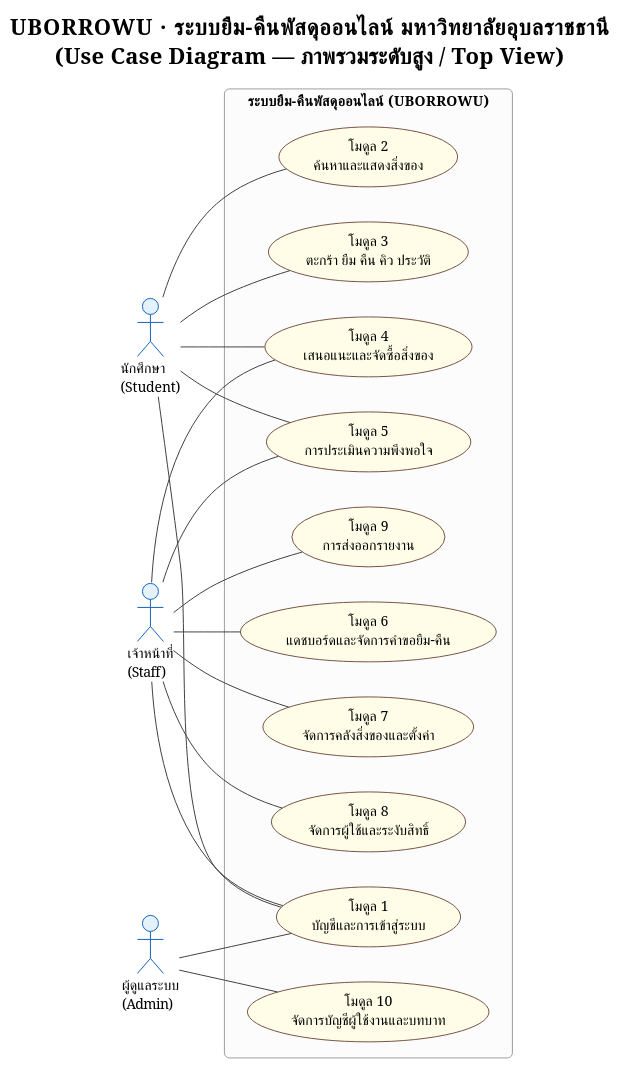
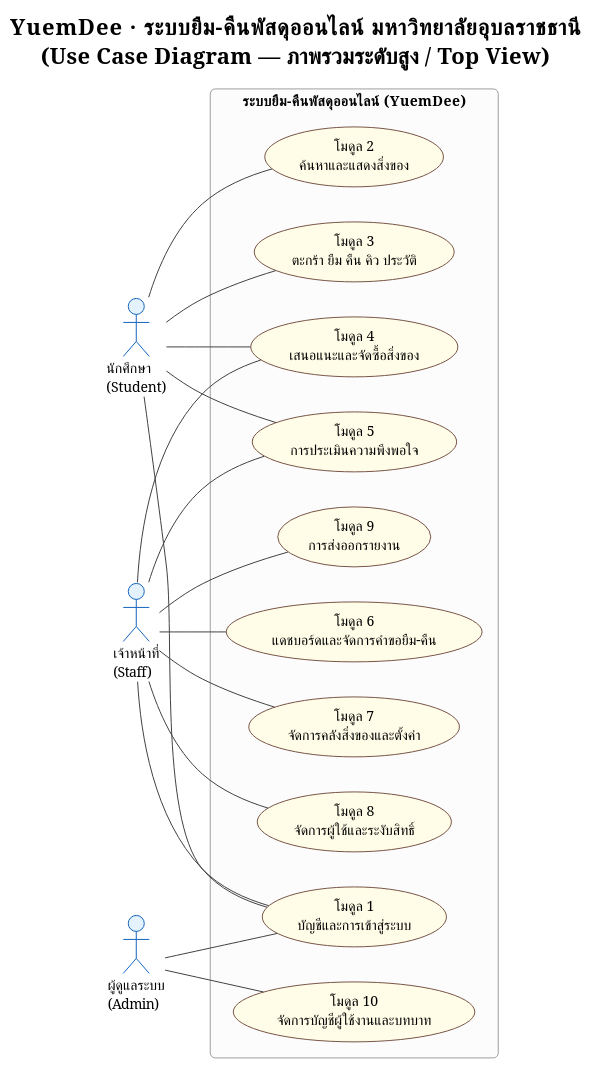
The diagram in proposal/usecase/usecase_overview.puml (patlnwza-007/project-2569), drawn with PlantUML before and after one commit. The commit also changed 22 other files, not shown here.

```diff
--- a/proposal/usecase/usecase_overview.puml
+++ b/proposal/usecase/usecase_overview.puml
@@ -1,64 +1,64 @@
 @startuml usecase_overview
 !theme plain
 skinparam defaultFontName TH Sarabun New
 skinparam defaultFontSize 14
 skinparam roundcorner 10
 
 skinparam usecase {
   BackgroundColor #FFFDE7
   BorderColor #795548
 }
 skinparam actor {
   BackgroundColor #E3F2FD
   BorderColor #1565C0
 }
 skinparam rectangle {
   BackgroundColor #FCFCFC
   BorderColor #9E9E9E
 }
 skinparam ArrowColor #424242
 
-title <b>UBORROWU · ระบบยืม-คืนพัสดุออนไลน์ มหาวิทยาลัยอุบลราชธานี</b>\n(Use Case Diagram — ภาพรวมระดับสูง / Top View)
+title <b>YuemDee · ระบบยืม-คืนพัสดุออนไลน์ มหาวิทยาลัยอุบลราชธานี</b>\n(Use Case Diagram — ภาพรวมระดับสูง / Top View)
 
 left to right direction
 
 actor "นักศึกษา\n(Student)" as Student
 actor "เจ้าหน้าที่\n(Staff)" as Staff
 actor "ผู้ดูแลระบบ\n(Admin)" as Admin
 
-rectangle "ระบบยืม-คืนพัสดุออนไลน์ (UBORROWU)" {
+rectangle "ระบบยืม-คืนพัสดุออนไลน์ (YuemDee)" {
   usecase "โมดูล 1\nบัญชีและการเข้าสู่ระบบ" as M1
   usecase "โมดูล 2\nค้นหาและแสดงสิ่งของ" as M2
   usecase "โมดูล 3\nตะกร้า ยืม คืน คิว ประวัติ" as M3
   usecase "โมดูล 4\nเสนอแนะและจัดซื้อสิ่งของ" as M4
   usecase "โมดูล 5\nการประเมินความพึงพอใจ" as M5
   usecase "โมดูล 6\nแดชบอร์ดและจัดการคำขอยืม-คืน" as M6
   usecase "โมดูล 7\nจัดการคลังสิ่งของและตั้งค่า" as M7
   usecase "โมดูล 8\nจัดการผู้ใช้และระงับสิทธิ์" as M8
   usecase "โมดูล 9\nการส่งออกรายงาน" as M9
   usecase "โมดูล 10\nจัดการบัญชีผู้ใช้งานและบทบาท" as M10
 }
 
 ' ===== ความสัมพันธ์ actor–use case (เส้นธรรมดา) =====
 ' หมายเหตุ: Staff และ Admin เชื่อมกับ M1 ด้วย เพราะ UC-16 (เข้าสู่ระบบ) ใช้ร่วมกันทุกบทบาท
 Student -- M1
 Staff -- M1
 Admin -- M1
 
 Student -- M2
 Student -- M3
 
 Student -- M4
 Staff -- M4
 
 Student -- M5
 Staff -- M5
 
 Staff -- M6
 Staff -- M7
 Staff -- M8
 Staff -- M9
 
 Admin -- M10
 
 @enduml
```
